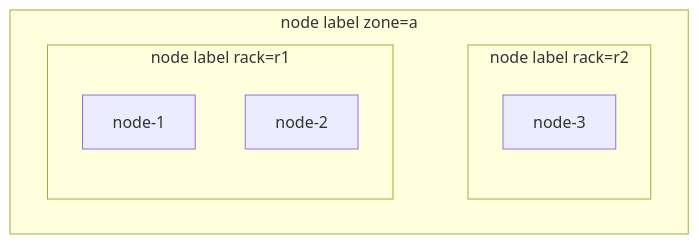
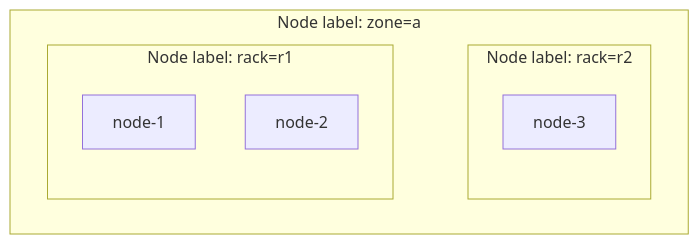
Before and after one commit to JesseStutler/volcano: the ninth of 15 diagrams in docs/research/k8s-workload-aware-scheduling-vs-volcano.md, drawn with Mermaid. The commit also changed other lines of this file and 1 other file, not shown here.

````diff
--- a/docs/research/k8s-workload-aware-scheduling-vs-volcano.md
+++ b/docs/research/k8s-workload-aware-scheduling-vs-volcano.md
@@ -512,14 +422,14 @@
 ```mermaid
 flowchart LR
-    subgraph Z["node label zone=a"]
+    subgraph Z["Node label: zone=a"]
         direction LR
-        subgraph R1["node label rack=r1"]
+        subgraph R1["Node label: rack=r1"]
             UN1["node-1"]
             UN2["node-2"]
         end
-        subgraph R2["node label rack=r2"]
+        subgraph R2["Node label: rack=r2"]
             UN3["node-3"]
         end
     end
     R1 ~~~ R2
 ```
````
